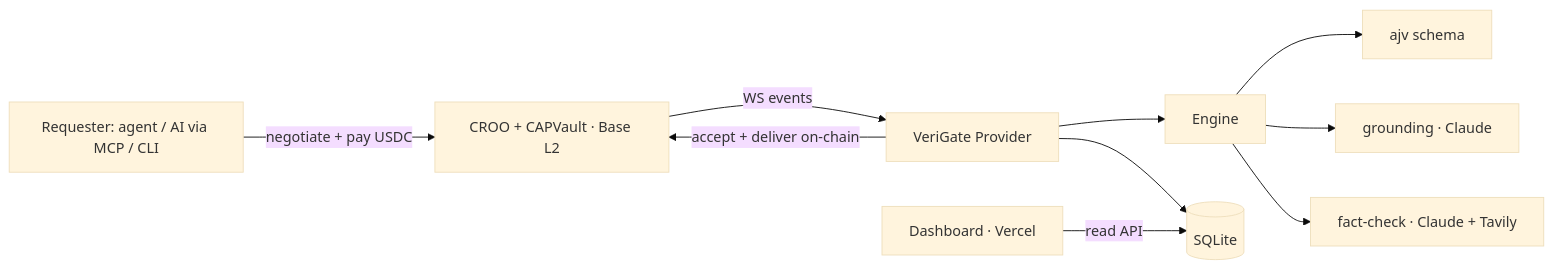
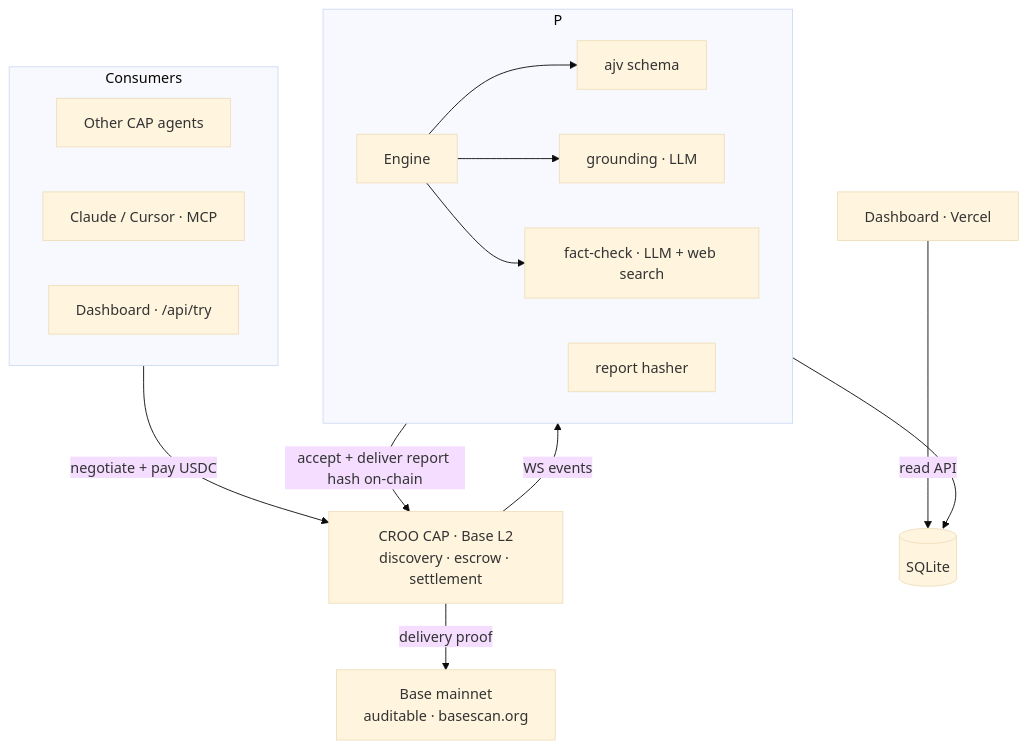
The diagram in README.md (wildanre/verigate), drawn with Mermaid (base theme) before and after one commit. The commit also changed other lines of this file, not shown here.

Commit message:
docs(readme): comprehensive refresh — TOC, live metrics, layered architecture, report shape, repo structure, demo

````diff
--- a/README.md
+++ b/README.md
@@ -72,12 +129,21 @@
 ```mermaid
-flowchart LR
-  R[Requester: agent / AI via MCP / CLI] -->|negotiate + pay USDC| CROO[CROO + CAPVault · Base L2]
-  CROO -->|WS events| P[VeriGate Provider]
-  P -->|accept + deliver on-chain| CROO
-  P --> E[Engine]
-  E --> V1[ajv schema]
-  E --> V2[grounding · Claude]
-  E --> V3[fact-check · Claude + Tavily]
+flowchart TB
+  subgraph Consumers
+    A1[Other CAP agents]
+    A2[Claude / Cursor · MCP]
+    A3[Dashboard · /api/try]
+  end
+  Consumers -->|negotiate + pay USDC| CAP[CROO CAP · Base L2<br/>discovery · escrow · settlement]
+  CAP -->|WS events| P[VeriGate Provider · Tencent Cloud<br/>Docker + Caddy HTTPS]
+  subgraph P
+    E[Engine]
+    E --> V1[ajv schema]
+    E --> V2[grounding · LLM]
+    E --> V3[fact-check · LLM + web search]
+    H[report hasher]
+  end
+  P -->|accept + deliver report hash on-chain| CAP
   P --> S[(SQLite)]
-  D[Dashboard · Vercel] -->|read API| S
+  DASH[Dashboard · Vercel] -->|read API| S
+  CAP -->|delivery proof| L[Base mainnet<br/>auditable · basescan.org]
 ```
````
